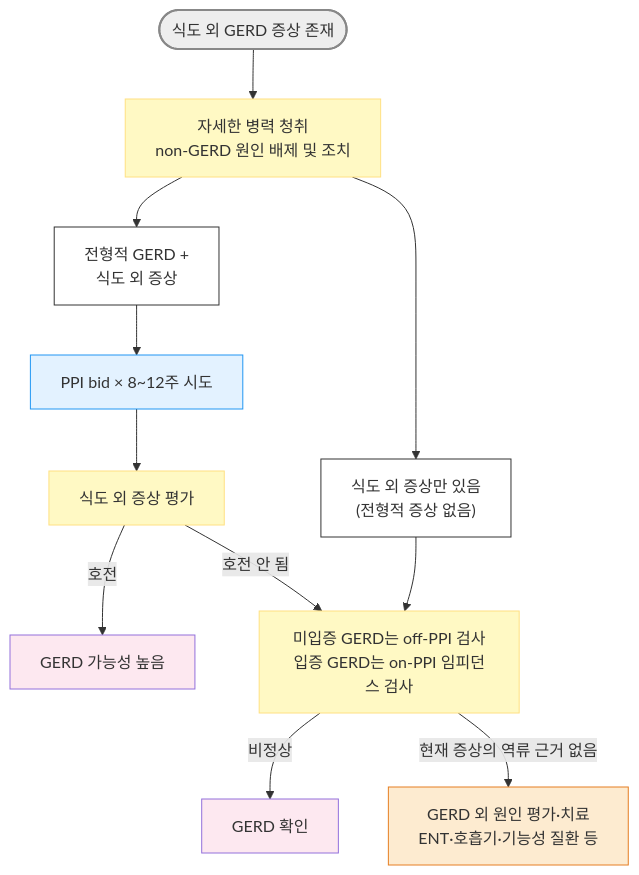
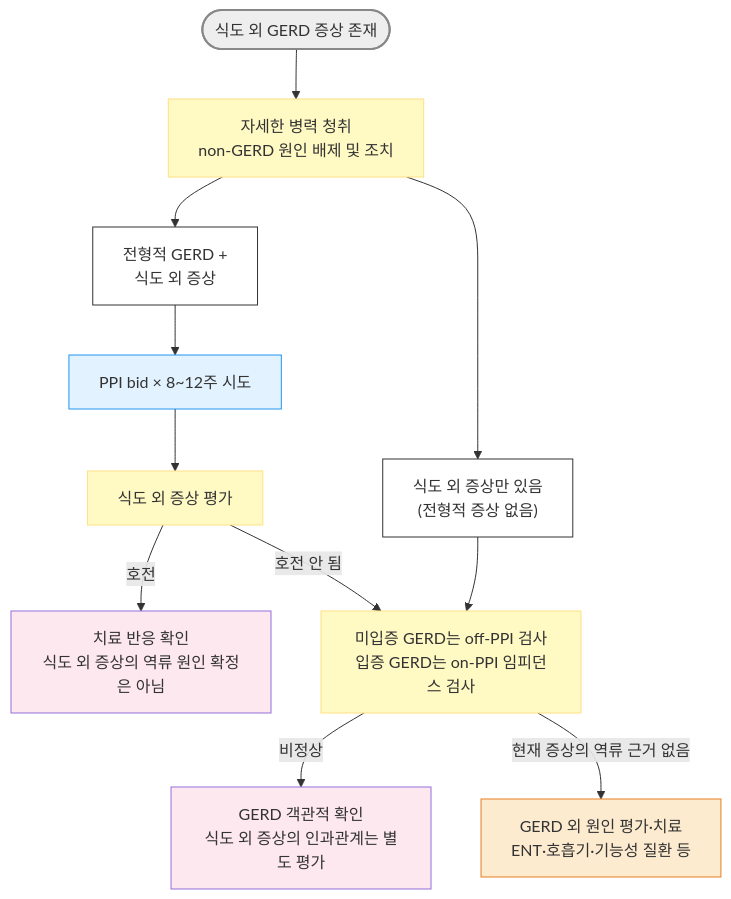
The second of 5 diagrams in 224_/081_-gerd.md (familyoh77/familyoh77), drawn with Mermaid before and after one commit. The commit also changed other lines of this file and 8 other files, not shown here.

````diff
--- a/224_/081_-gerd.md
+++ b/224_/081_-gerd.md
@@ -220,37 +224,37 @@
 ```mermaid
 graph TD
     Start(["식도 외 GERD 증상 존재"])
     History["자세한 병력 청취<br/>non-GERD 원인 배제 및 조치"]
     Typical["전형적 GERD +<br/>식도 외 증상"]
     Atypical["식도 외 증상만 있음<br/>(전형적 증상 없음)"]
     PPI_Trial["PPI bid × 8~12주 시도"]
     Symptoms_Check["식도 외 증상 평가"]
     Monitoring["미입증 GERD는 off-PPI 검사<br/>입증 GERD는 on-PPI 임피던스 검사"]
-    GERD_Confirm1["GERD 가능성 높음"]
-    GERD_Confirm2["GERD 확인"]
+    GERD_Confirm1["치료 반응 확인<br/>식도 외 증상의 역류 원인 확정은 아님"]
+    GERD_Confirm2["GERD 객관적 확인<br/>식도 외 증상의 인과관계는 별도 평가"]
     Other["GERD 외 원인 평가·치료<br/>ENT·호흡기·기능성 질환 등"]
 
     Start --> History
     History --> Typical
     History --> Atypical
     Typical --> PPI_Trial
     PPI_Trial --> Symptoms_Check
     Symptoms_Check -- "호전" --> GERD_Confirm1
     Symptoms_Check -- "호전 안 됨" --> Monitoring
     Atypical --> Monitoring
     Monitoring -- "비정상" --> GERD_Confirm2
     Monitoring -- "현재 증상의 역류 근거 없음" --> Other
 
     style Start fill:#eeeeee,stroke:#888888,stroke-width:2px
     style History fill:#fff9c4,stroke:#ffe082
     classDef white fill:#fff,stroke:#333
 class Typical,Atypical white
     classDef sky fill:#e3f2ff,stroke:#2196f3
 class PPI_Trial sky
     classDef yellow fill:#fff9c4,stroke:#ffe082
 class Symptoms_Check,Monitoring yellow
     classDef pink fill:#fde8f0
 class GERD_Confirm1,GERD_Confirm2 pink
     classDef orange fill:#fdebd0,stroke:#e67e22
 class Other orange
 ```
````
